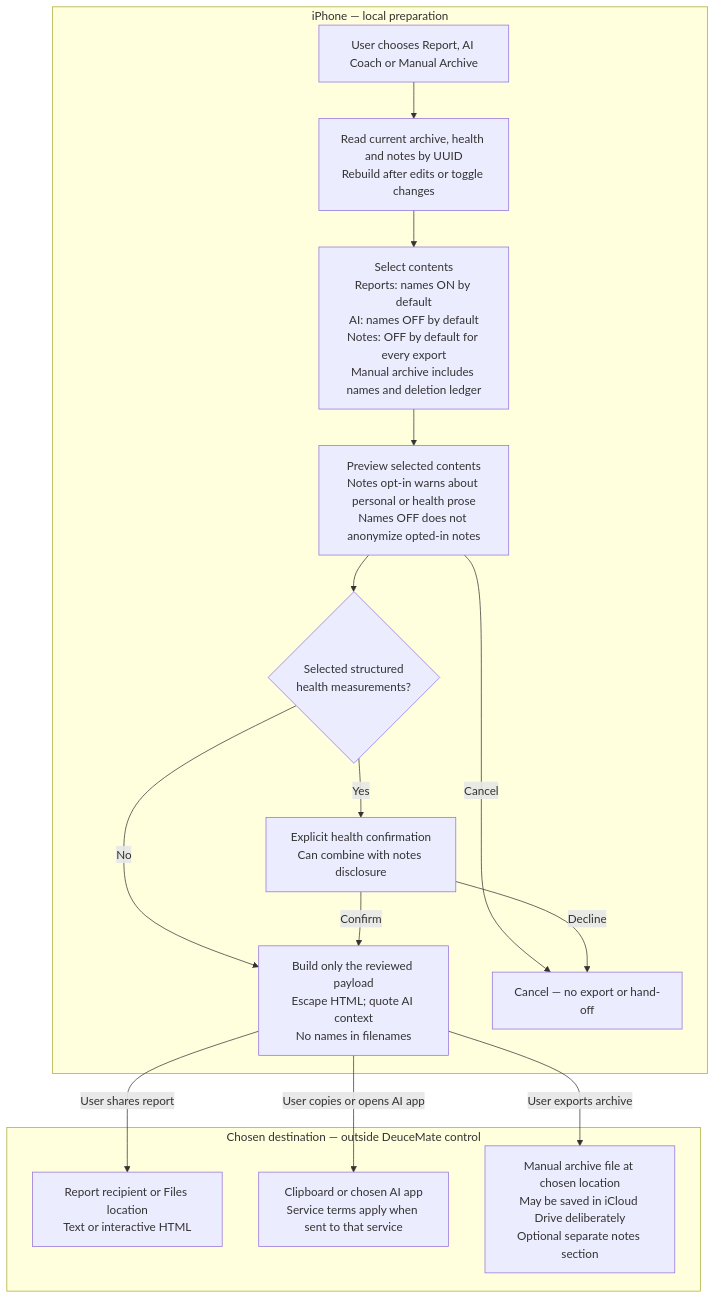
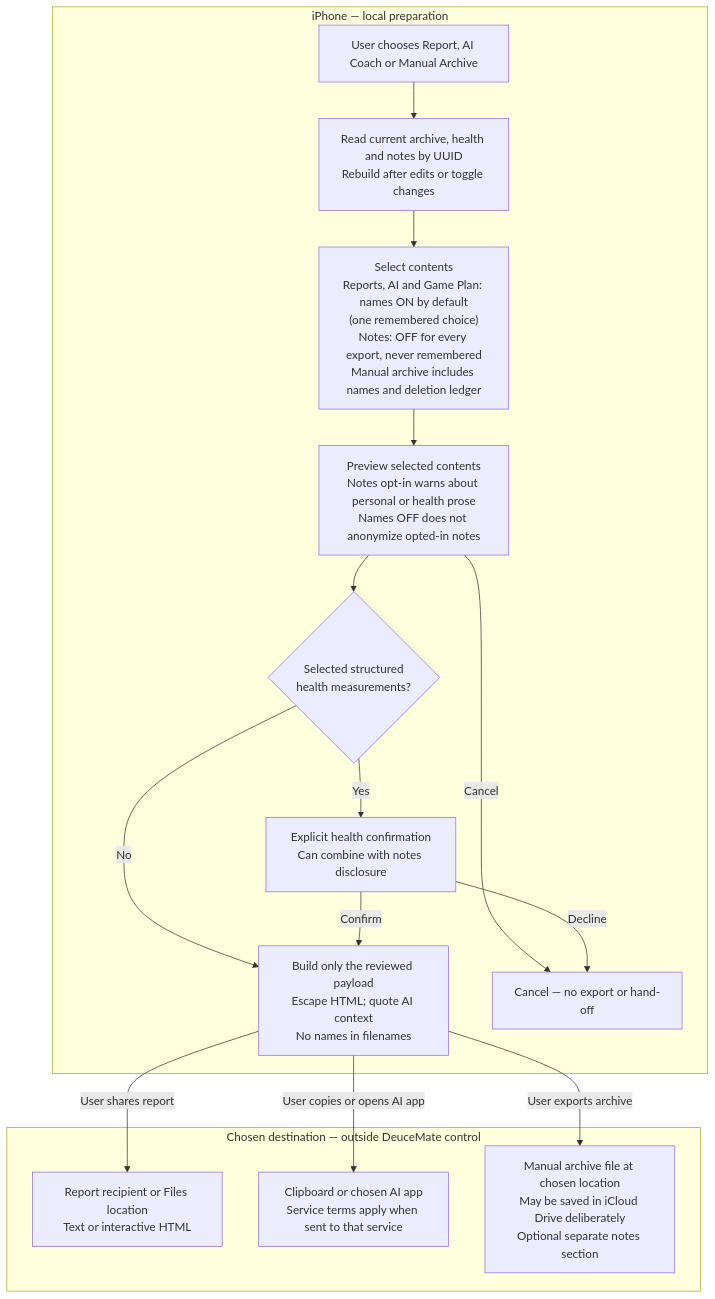
Before and after one commit to EMRahman/DeuceMate: the second of 3 diagrams in docs/features/MATCH_TAGS_PLAN.md, drawn with Mermaid. The commit also changed other lines of this file and 13 other files, not shown here.

````diff
--- a/docs/features/MATCH_TAGS_PLAN.md
+++ b/docs/features/MATCH_TAGS_PLAN.md
@@ -584,27 +584,27 @@
 ```mermaid
 flowchart TB
     subgraph local["iPhone — local preparation"]
         U["User chooses Report, AI Coach or Manual Archive"]
         R["Read current archive, health and notes by UUID<br/>Rebuild after edits or toggle changes"]
-        T["Select contents<br/>Reports: names ON by default<br/>AI: names OFF by default<br/>Notes: OFF by default for every export<br/>Manual archive includes names and deletion ledger"]
+        T["Select contents<br/>Reports, AI and Game Plan: names ON by default<br/>(one remembered choice)<br/>Notes: OFF for every export, never remembered<br/>Manual archive includes names and deletion ledger"]
         P["Preview selected contents<br/>Notes opt-in warns about personal or health prose<br/>Names OFF does not anonymize opted-in notes"]
         G{"Selected structured<br/>health measurements?"}
         HC["Explicit health confirmation<br/>Can combine with notes disclosure"]
         READY["Build only the reviewed payload<br/>Escape HTML; quote AI context<br/>No names in filenames"]
         CANCEL["Cancel — no export or hand-off"]
     end
     subgraph outside["Chosen destination — outside DeuceMate control"]
         REPORT["Report recipient or Files location<br/>Text or interactive HTML"]
         AI["Clipboard or chosen AI app<br/>Service terms apply when sent to that service"]
         ARCHIVE["Manual archive file at chosen location<br/>May be saved in iCloud Drive deliberately<br/>Optional separate notes section"]
     end
     U --> R --> T --> P --> G
     P -->|"Cancel"| CANCEL
     G -->|"Yes"| HC
     G -->|"No"| READY
     HC -->|"Confirm"| READY
     HC -->|"Decline"| CANCEL
     READY -->|"User shares report"| REPORT
     READY -->|"User copies or opens AI app"| AI
     READY -->|"User exports archive"| ARCHIVE
 ```
````
